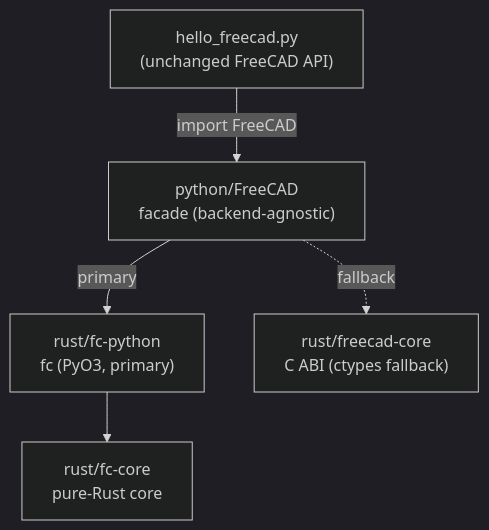
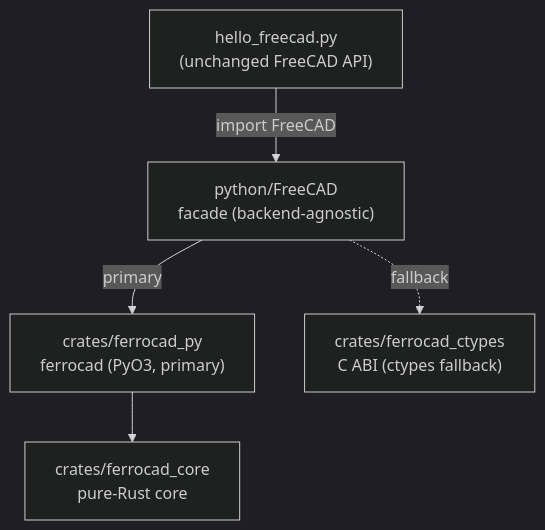
One commit to ferrocad/ferrocad changed the diagram in README.md. Above: the diagram before and after it, drawn with Mermaid (dark theme). The commit also changed other lines of this file and 51 other files, not shown here.

````diff
--- a/README.md
+++ b/README.md
@@ -67,12 +71,12 @@
 ```mermaid
 flowchart TD
     S["hello_freecad.py<br/>(unchanged FreeCAD API)"]
     M["python/FreeCAD<br/>facade (backend-agnostic)"]
-    P["rust/fc-python<br/>fc (PyO3, primary)"]
-    K["rust/fc-core<br/>pure-Rust core"]
-    C["rust/freecad-core<br/>C ABI (ctypes fallback)"]
+    P["crates/ferrocad_py<br/>ferrocad (PyO3, primary)"]
+    K["crates/ferrocad_core<br/>pure-Rust core"]
+    C["crates/ferrocad_ctypes<br/>C ABI (ctypes fallback)"]
     S -->|"import FreeCAD"| M
     M -->|"primary"| P
     M -.->|"fallback"| C
     P --> K
 ```
````
